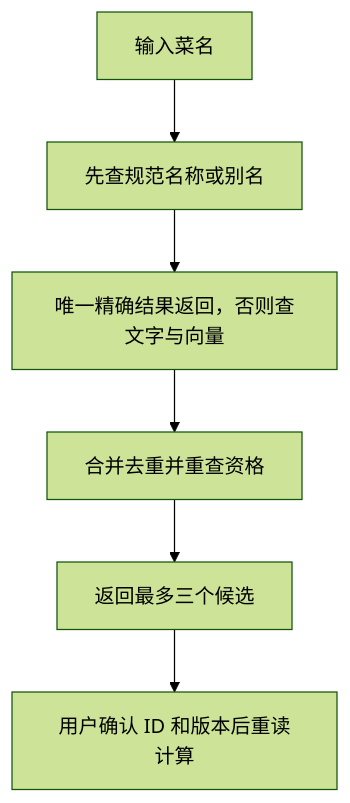
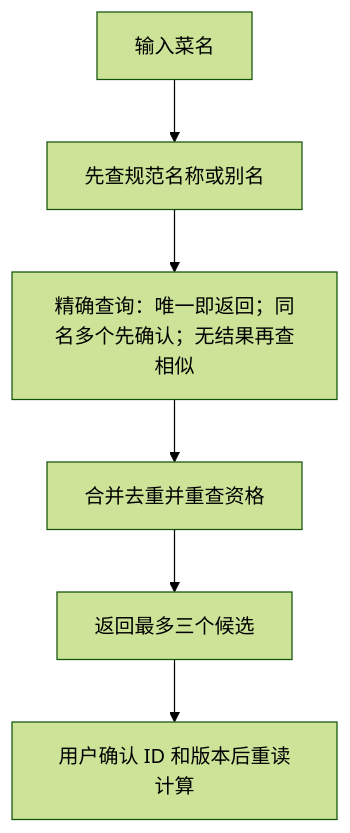
Before and after one commit to HuaguoshanLab/identify-food-calories: the diagram in docs/learning/feature-food-search.md, drawn with Mermaid (forest theme). The commit also changed other lines of this file and 44 other files, not shown here.

````diff
--- a/docs/learning/feature-food-search.md
+++ b/docs/learning/feature-food-search.md
@@ -19,14 +19,14 @@
 ```mermaid
 flowchart TD
     N0["输入菜名"]
     N1["先查规范名称或别名"]
     N0 --> N1
-    N2["唯一精确结果返回，否则查文字与向量"]
+    N2["精确查询：唯一即返回；同名多个先确认；无结果再查相似"]
     N1 --> N2
     N3["合并去重并重查资格"]
     N2 --> N3
     N4["返回最多三个候选"]
     N3 --> N4
     N5["用户确认 ID 和版本后重读计算"]
     N4 --> N5
 ```
````
